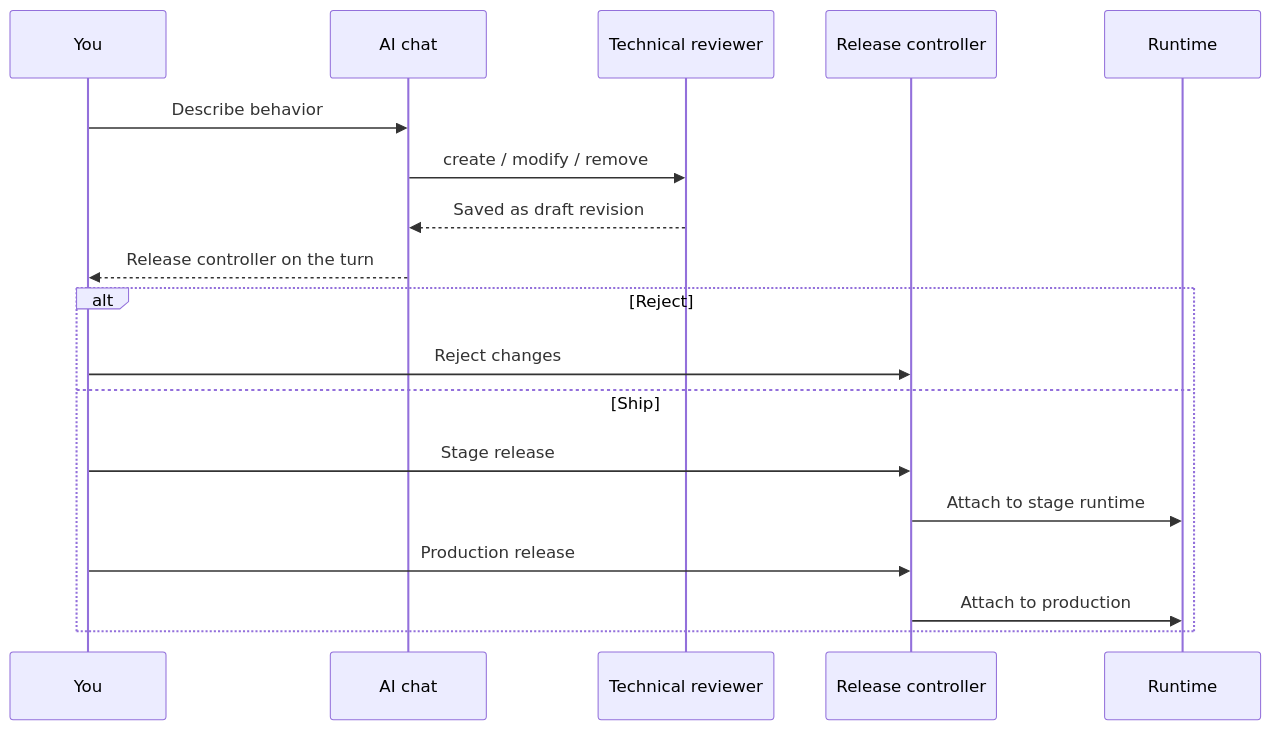
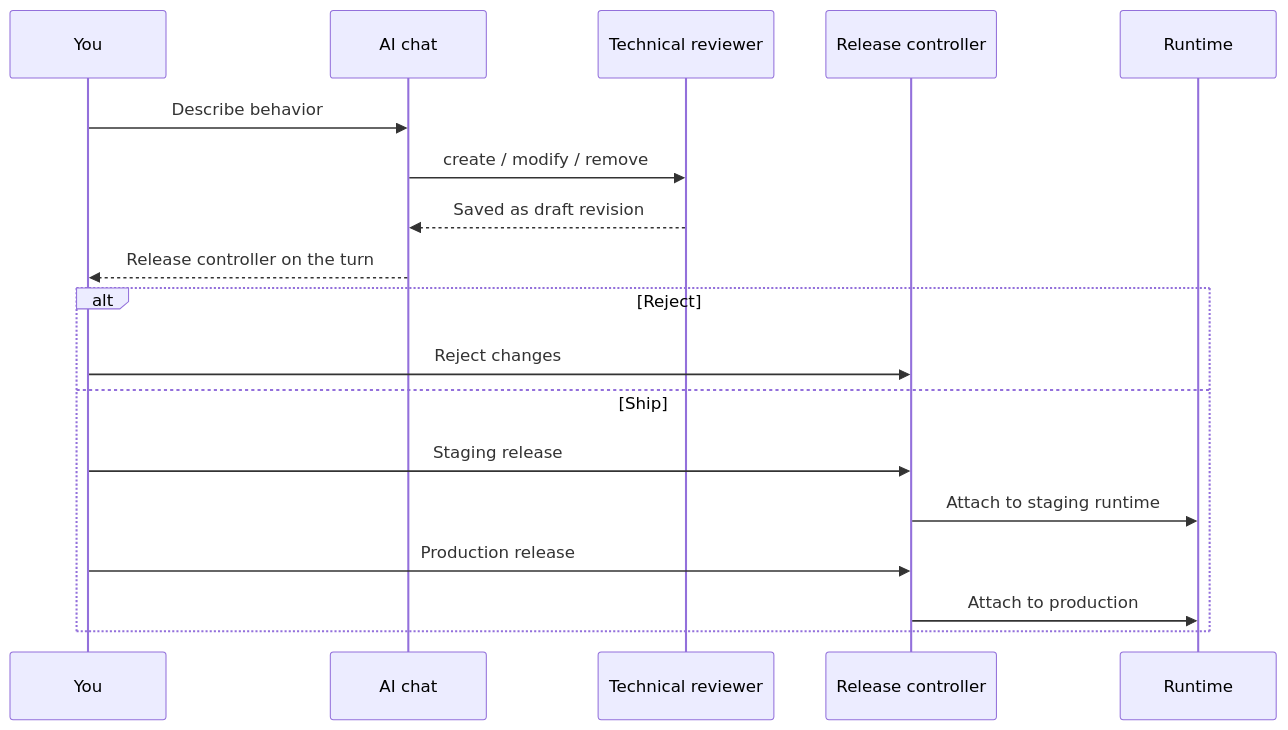
The third of 3 diagrams in docs-site/app/platform/units/page.mdx (BaaSForge/baasforge-frontend-vite), drawn with Mermaid before and after one commit. The commit also changed other lines of this file and 17 other files, not shown here.

````diff
--- a/docs-site/app/platform/units/page.mdx
+++ b/docs-site/app/platform/units/page.mdx
@@ -418,21 +418,21 @@
 ```mermaid
 sequenceDiagram
   participant U as You
   participant Chat as AI chat
   participant Gate as Technical reviewer
   participant RC as Release controller
   participant RT as Runtime
 
   U->>Chat: Describe behavior
   Chat->>Gate: create / modify / remove
   Gate-->>Chat: Saved as draft revision
   Chat-->>U: Release controller on the turn
   alt Reject
     U->>RC: Reject changes
   else Ship
-    U->>RC: Stage release
-    RC->>RT: Attach to stage runtime
+    U->>RC: Staging release
+    RC->>RT: Attach to staging runtime
     U->>RC: Production release
     RC->>RT: Attach to production
   end
 ```
````
